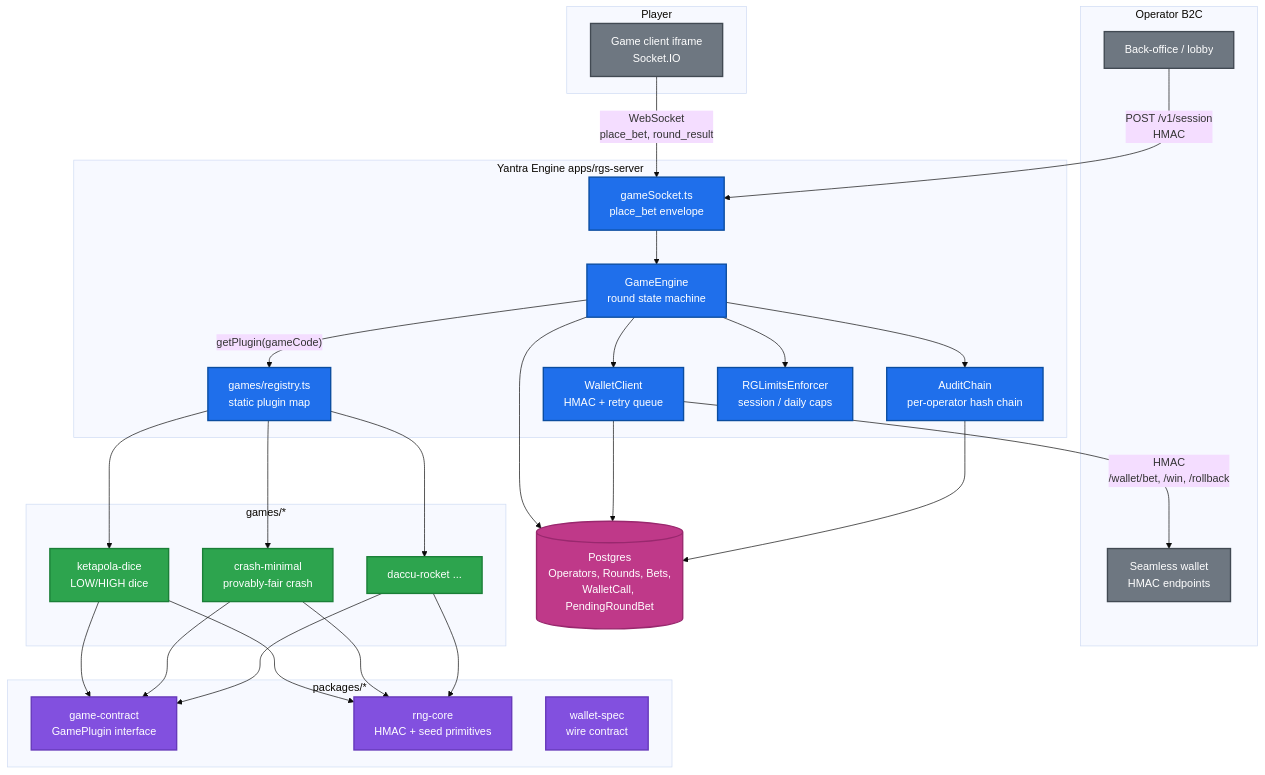
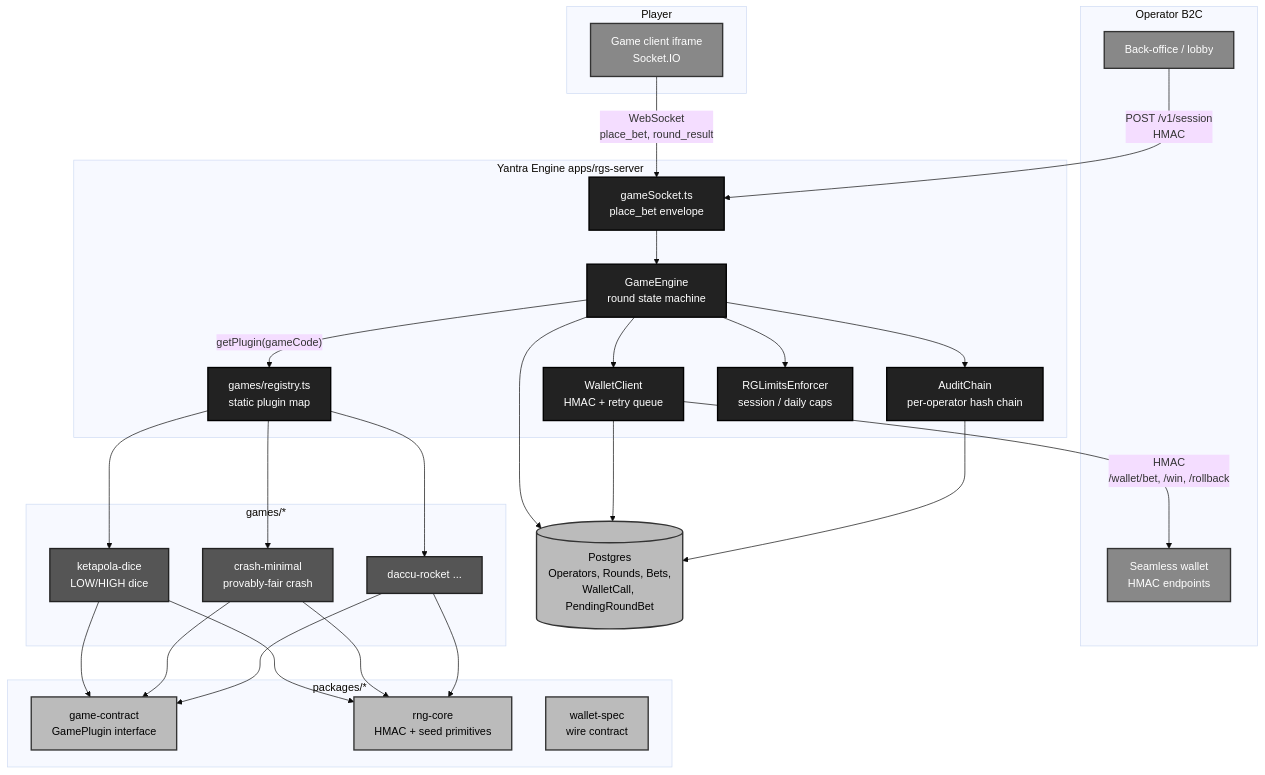
The diagram in README.md (dinethlive/yantra-gaming), drawn with Mermaid (base theme) before and after one commit. The commit also changed 2 other files, not shown here.

Commit message:
docs: convert roadmap diagrams to mermaid and unify B/W palette
B2B_ROADMAP.md
- Section 4 Reference architecture: ASCII box diagram replaced with a
  mermaid flowchart (rgs components, operator stack, player iframe,
  Postgres).
- Section 7 Game launch flow: ASCII swim-lane replaced with a mermaid
  sequenceDiagram (Player, Operator frontend/backend, Yantra, wallet).

Colour scheme unified across every mermaid block in the repo
(README.md architecture, docs/architecture.md sections 1 2 5 6 7, and
the two new B2B_ROADMAP diagrams). Swapped the per-diagram blue /
green / red / purple / orange / pink schemes for a single four-tone
grayscale palette:

  primary   fill:#222 color:#fff
  secondary fill:#555 color:#fff
  tertiary  fill:#888 color:#fff
  store     fill:#bbb color:#000

Grayscale reads cleanly on both GitHub light and dark themes without
any per-theme overrides.

````diff
--- a/README.md
+++ b/README.md
@@ -126,60 +126,58 @@
 ```mermaid
 flowchart TB
     subgraph client[Player]
       iframe[Game client iframe<br/>Socket.IO]
     end
 
     subgraph operator[Operator B2C]
       wallet[Seamless wallet<br/>HMAC endpoints]
       backoffice[Back-office / lobby]
     end
 
     subgraph rgs[Yantra Engine apps/rgs-server]
       socket[gameSocket.ts<br/>place_bet envelope]
       engine[GameEngine<br/>round state machine]
       registry[games/registry.ts<br/>static plugin map]
       walletclient[WalletClient<br/>HMAC + retry queue]
       audit[AuditChain<br/>per-operator hash chain]
       rglimits[RGLimitsEnforcer<br/>session / daily caps]
     end
 
     subgraph games[games/*]
       dice[ketapola-dice<br/>LOW/HIGH dice]
       crash[crash-minimal<br/>provably-fair crash]
       future[daccu-rocket ...]
     end
 
     subgraph shared[packages/*]
       contract[game-contract<br/>GamePlugin interface]
       rngcore[rng-core<br/>HMAC + seed primitives]
       walletspec[wallet-spec<br/>wire contract]
     end
 
     db[(Postgres<br/>Operators, Rounds, Bets,<br/>WalletCall, PendingRoundBet)]
 
     iframe -- "WebSocket<br/>place_bet, round_result" --> socket
     backoffice -- "POST /v1/session<br/>HMAC" --> socket
     socket --> engine
     engine -- "getPlugin(gameCode)" --> registry
     registry --> dice
     registry --> crash
     registry --> future
     dice & crash & future --> contract
     dice & crash & future --> rngcore
     engine --> walletclient
     walletclient -- "HMAC<br/>/wallet/bet, /win, /rollback" --> wallet
     engine --> audit
     engine --> rglimits
     engine & walletclient & audit --> db
 
-    classDef core fill:#1f6feb,stroke:#0b4da0,stroke-width:2px,color:#fff;
-    classDef plugin fill:#2da44e,stroke:#1a7f37,stroke-width:2px,color:#fff;
-    classDef ext fill:#6e7781,stroke:#424a53,stroke-width:2px,color:#fff;
-    classDef shared fill:#8250df,stroke:#6639ba,stroke-width:2px,color:#fff;
-    classDef store fill:#bf3989,stroke:#99286e,stroke-width:2px,color:#fff;
-    class engine,socket,registry,walletclient,audit,rglimits core;
-    class dice,crash,future plugin;
-    class iframe,wallet,backoffice ext;
-    class contract,rngcore,walletspec shared;
-    class db store;
+    classDef primary fill:#222,stroke:#000,color:#fff,stroke-width:2px;
+    classDef secondary fill:#555,stroke:#222,color:#fff,stroke-width:2px;
+    classDef tertiary fill:#888,stroke:#333,color:#fff,stroke-width:2px;
+    classDef store fill:#bbb,stroke:#333,color:#000,stroke-width:2px;
+    class engine,socket,registry,walletclient,audit,rglimits primary;
+    class dice,crash,future secondary;
+    class iframe,wallet,backoffice tertiary;
+    class contract,rngcore,walletspec,db store;
 ```
````
